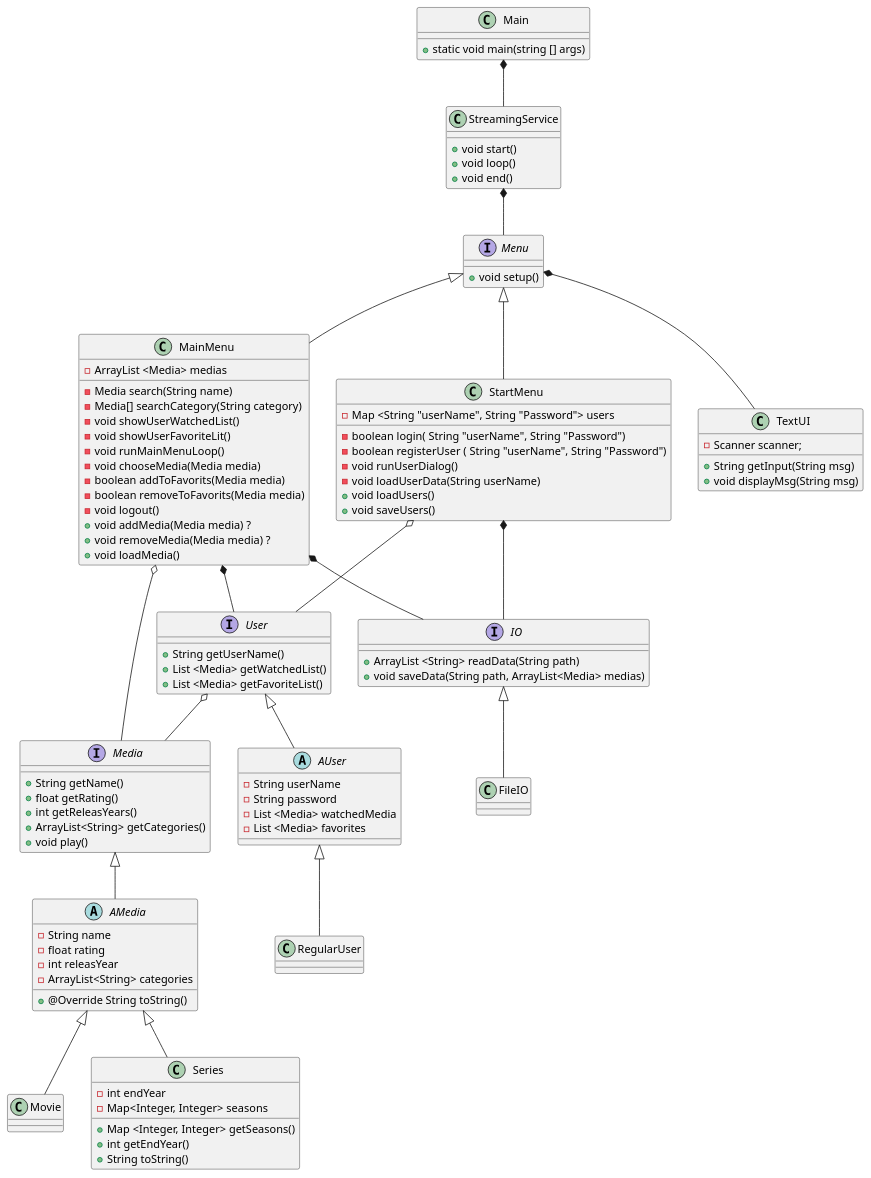
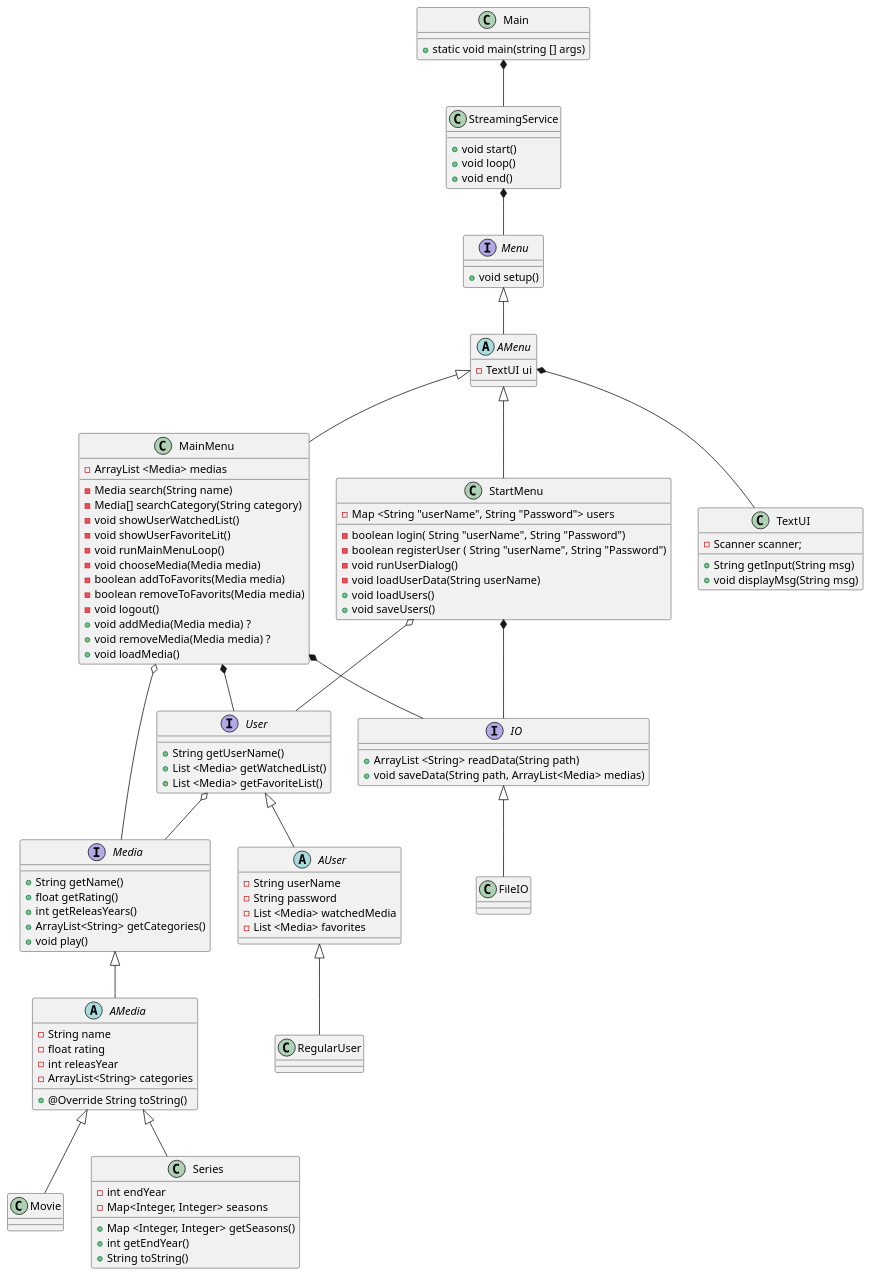
Before and after one commit to Shiihon/SP3_plus: the diagram in doc/dynamic/sequence.puml, drawn with PlantUML.

Commit message:
Update gitignore

```diff
--- a/doc/dynamic/sequence.puml
+++ b/doc/dynamic/sequence.puml
@@ -1,109 +1,121 @@
 @startuml
 class Main
 class StreamingService
 interface Menu
+abstract class AMenu
 class StartMenu
 class MainMenu
 interface User
 abstract class AUser
 class RegularUser
 interface Media
 abstract class AMedia
 class Movie
 class Series
 interface IO
 class FileIO
 class TextUI
 
 Main *-- StreamingService
 StreamingService *-- Menu
-Menu <|-- StartMenu
-Menu <|-- MainMenu
-Menu *-- TextUI
+Menu <|-- AMenu
+AMenu <|-- StartMenu
+AMenu <|-- MainMenu
+AMenu *-- TextUI
 StartMenu *-- IO
 MainMenu *-- IO
 IO <|-- FileIO
 StartMenu o-- User
 MainMenu *-- User
 User <|-- AUser
 AUser <|-- RegularUser
 MainMenu o-- Media
 User o-- Media
 Media <|-- AMedia
 AMedia <|-- Movie
 AMedia <|-- Series
 
 
 Main : + static void main(string [] args)
 
 
 StreamingService : + void start()
 StreamingService : + void loop()
 StreamingService : + void end()
 
 
 Menu : + void setup()
+
+
+AMenu : - TextUI ui
 
 
 StartMenu : - Map <String "userName", String "Password"> users
 
 StartMenu : - boolean login( String "userName", String "Password")
 StartMenu : - boolean registerUser ( String "userName", String "Password")
 StartMenu : - void runUserDialog()
 StartMenu : - void loadUserData(String userName)
 StartMenu : + void loadUsers()
 StartMenu : + void saveUsers()
 
 
 MainMenu : - ArrayList <Media> medias
 
 MainMenu : - Media search(String name)
 MainMenu : - Media[] searchCategory(String category)
 MainMenu : - void showUserWatchedList()
 MainMenu : - void showUserFavoriteLit()
 MainMenu : - void runMainMenuLoop()
 MainMenu : - void chooseMedia(Media media)
 MainMenu : - boolean addToFavorits(Media media)
 MainMenu : - boolean removeToFavorits(Media media)
 MainMenu : - void logout()
 MainMenu : + void addMedia(Media media) ?
 MainMenu : + void removeMedia(Media media) ?
 MainMenu : + void loadMedia()
 
 
 User : + String getUserName()
 User : + List <Media> getWatchedList()
 User : + List <Media> getFavoriteList()
 
 
 AUser : - String userName
 AUser : - String password
 AUser : - List <Media> watchedMedia
 AUser : - List <Media> favorites
+
+
 Media : + String getName()
 Media : + float getRating()
 Media : + int getReleasYears()
 Media : + ArrayList<String> getCategories()
 Media : + void play()
 
+
 AMedia : - String name
 AMedia : - float rating
 AMedia : - int releasYear
 AMedia : - ArrayList<String> categories
+
 AMedia : + @Override String toString()
+
 
 Series : - int endYear
 Series : - Map<Integer, Integer> seasons
 Series : + Map <Integer, Integer> getSeasons()
+
 Series : + int getEndYear()
 Series : + String toString()
 
 
 IO : + ArrayList <String> readData(String path)
 IO : + void saveData(String path, ArrayList<Media> medias)
 
 TextUI : - Scanner scanner;
+
 TextUI : + String getInput(String msg)
 TextUI : + void displayMsg(String msg)
 
 @enduml
```
